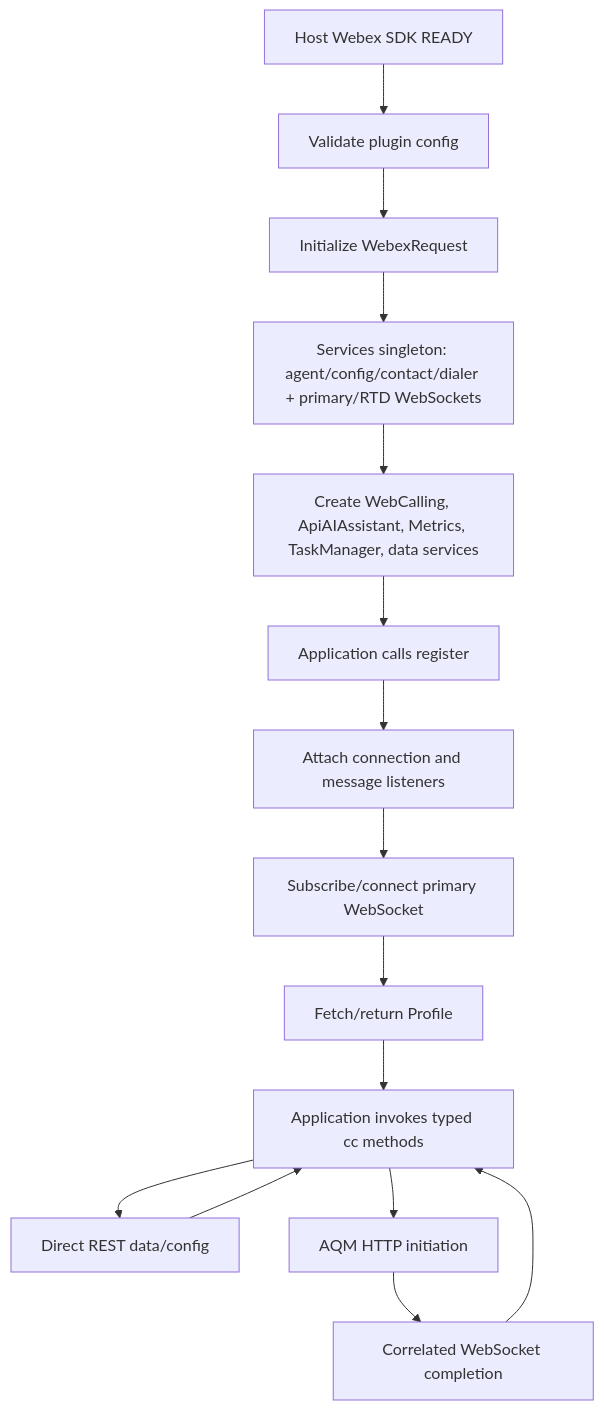
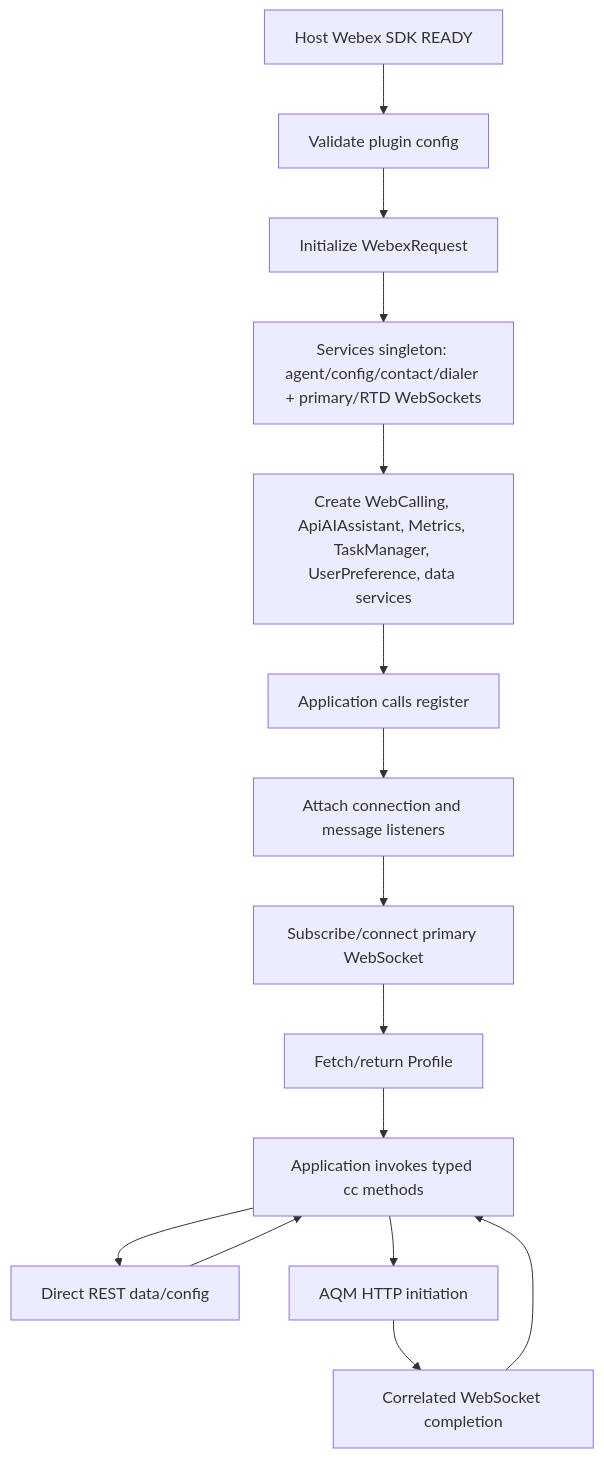
The first of 7 diagrams in packages/@webex/contact-center/ai-docs/contact-center-spec.md (webex/webex-js-sdk), drawn with Mermaid before and after one commit. The commit also changed other lines of this file and 32 other files, not shown here.

````diff
--- a/packages/@webex/contact-center/ai-docs/contact-center-spec.md
+++ b/packages/@webex/contact-center/ai-docs/contact-center-spec.md
@@ -97,17 +103,17 @@
 ```mermaid
 flowchart TD
   Host[Host Webex SDK READY] --> Validate[Validate plugin config]
   Validate --> WR[Initialize WebexRequest]
   WR --> Services[Services singleton: agent/config/contact/dialer + primary/RTD WebSockets]
-  Services --> Collaborators[Create WebCalling, ApiAIAssistant, Metrics, TaskManager, data services]
+  Services --> Collaborators[Create WebCalling, ApiAIAssistant, Metrics, TaskManager, UserPreference, data services]
   Collaborators --> Register[Application calls register]
   Register --> Listeners[Attach connection and message listeners]
   Listeners --> Connect[Subscribe/connect primary WebSocket]
   Connect --> Profile[Fetch/return Profile]
   Profile --> App[Application invokes typed cc methods]
   App --> Direct[Direct REST data/config]
   App --> AQM[AQM HTTP initiation]
   AQM --> WS[Correlated WebSocket completion]
   Direct --> App
   WS --> App
 ```
````
